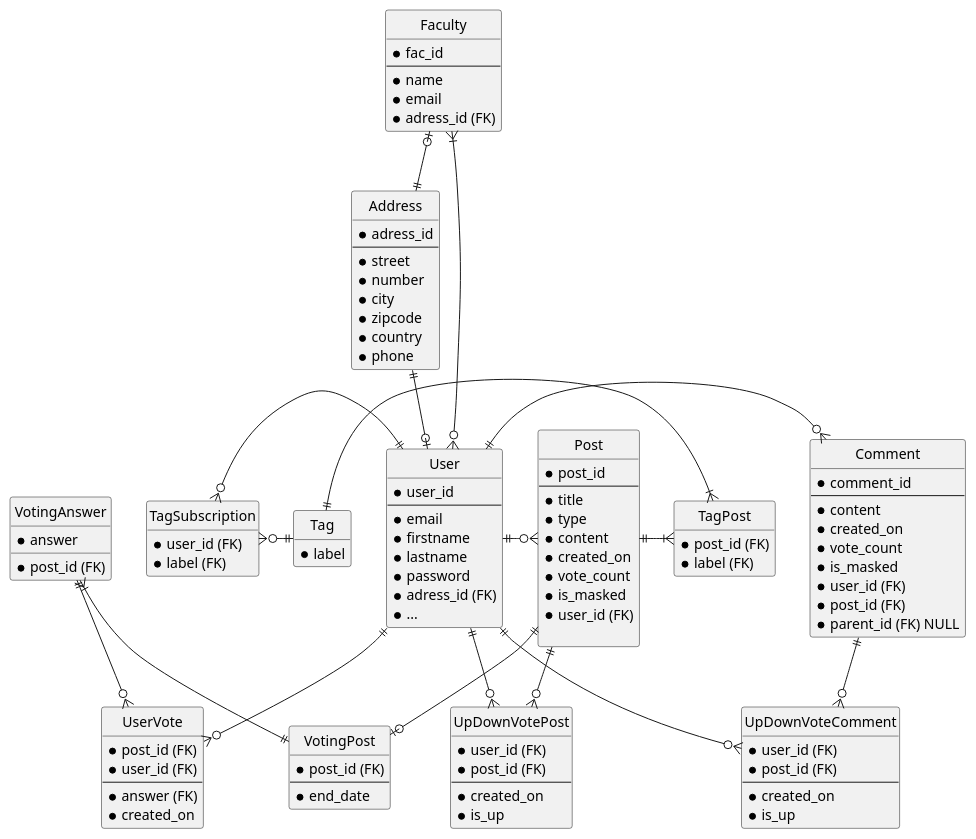
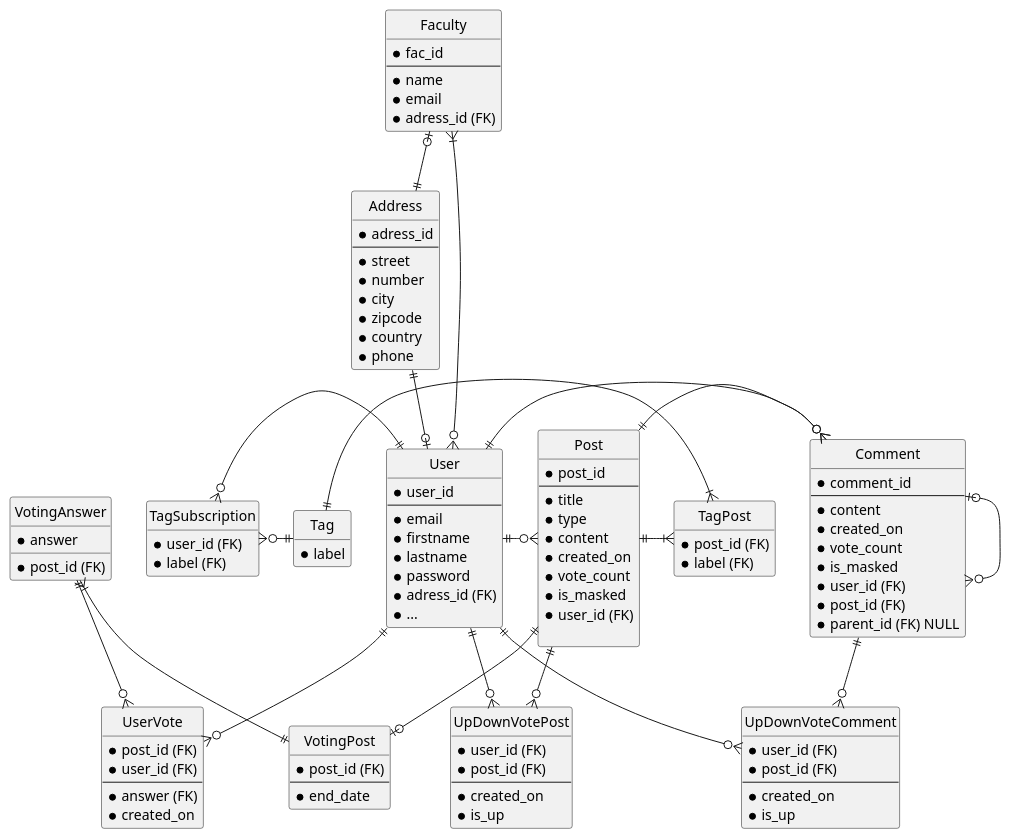
The diagram in uml/database_schema.wsd (LeGroupeDeFer/infom114_LaboMDL), drawn with PlantUML before and after one commit. The commit also changed 4 other files, not shown here.

```diff
--- a/uml/database_schema.wsd
+++ b/uml/database_schema.wsd
@@ -1,160 +1,162 @@
 @startuml db_mdl
 
 hide circle
 hide empty members
 
 ' entity Entity {
 '    * identifying_attribute
 '    --
 '    * mandatory_attribute
 '    optional_attribute
 ' }
 
 ' ' zero or one
 ' A |o--o| B
 
 ' ' exactly one
 ' C ||--|| D
 
 ' ' zero or many
 ' E }o--o{ F
 
 ' ' one or many
 ' G }|--|{ H
 
 entity User {
   * user_id
   --
   * email 
   * firstname 
   * lastname
   * password
   * adress_id (FK)
   * ...
 }
 
 entity Address {
   * adress_id
   --
   * street
   * number
   * city
   * zipcode
   * country
   * phone
 }
 
 
 
 entity UpDownVotePost {
   * user_id (FK)
   * post_id (FK)
   --
   * created_on
   * is_up
 }
 
 
 entity UpDownVoteComment {
   * user_id (FK)
   * post_id (FK)
   --
   * created_on
   * is_up
 }
 
 entity TagSubscription{
   * user_id (FK)
   * label (FK)
 }
 
 entity Tag {
   * label
 }
 
 entity Post {
   * post_id
   --
   * title
   * type
   * content
   * created_on
   * vote_count
   * is_masked
   * user_id (FK)
 
 }
 
 entity Comment {
   * comment_id
   --
   * content
   * created_on
   * vote_count
   * is_masked
   * user_id (FK)
   * post_id (FK)
   * parent_id (FK) NULL
 }
 
 
 entity VotingPost {
   * post_id (FK)
   --
   * end_date
 }
 
 entity TagPost {
     * post_id (FK)
     * label (FK)
 }
 
 entity UserVote {
   * post_id (FK)
   * user_id (FK)
   --
   * answer (FK)
   * created_on
 }
 
 entity VotingAnswer{
   * post_id (FK)
   * answer
 }
 
 entity Faculty  {
   * fac_id
   --
   * name
   * email
   * adress_id (FK)
 }
 
 Address ||--o| User
 
 
 Faculty }|--o{ User
 Faculty |o--|| Address
 
 
 User ||-o{ Post 
 User ||--o{ UpDownVotePost
 Post ||--o{ UpDownVotePost
 
 
 User ||-o{ Comment
 User ||--o{ UpDownVoteComment
 Comment ||--o{ UpDownVoteComment
+Post ||-o{ Comment
+Comment |o--o{ Comment
 
 Post ||--o| VotingPost
 VotingAnswer}|-|| VotingPost
 
 User  ||--o{ UserVote
 VotingAnswer ||--o{  UserVote 
 
 TagSubscription }o-|| User
 TagSubscription }o-|| Tag
 
 Tag  ||-|{  TagPost
 Post ||-|{  TagPost
 @enduml
```
